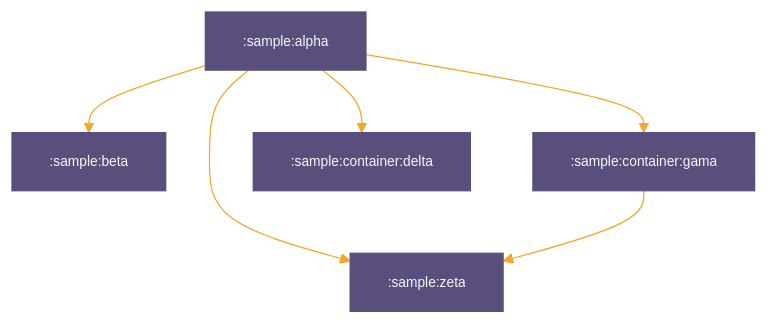
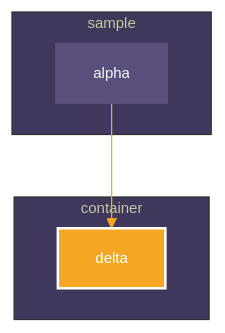
The diagram in sample/README.md (iurysza/module-graph), drawn with Mermaid before and after one commit. The commit also changed 12 other files, not shown here.

````diff
--- a/sample/README.md
+++ b/sample/README.md
@@ -3,15 +3,20 @@
 ```mermaid
 %%{
   init: {
     'theme': 'base',
-	'themeVariables': {"primaryTextColor":"#F6F8FAff","primaryColor":"#5a4f7c","primaryBorderColor":"#5a4f7c","lineColor":"#f5a623","tertiaryColor":"#40375c","fontSize":"11px"}
+	'themeVariables': {"primaryTextColor":"#F6F8FAff","primaryColor":"#5a4f7c","primaryBorderColor":"#5a4f7c","tertiaryColor":"#40375c","lineColor":"#f5a623","fontSize":"12px"}
   }
 }%%
 
 graph TB
-  :sample:alpha --> :sample:zeta
-  :sample:alpha --> :sample:beta
-  :sample:alpha --> :sample:container:gama
-  :sample:alpha --> :sample:container:delta
-  :sample:container:gama --> :sample:zeta
+  subgraph sample
+    alpha
+  end
+  subgraph container
+    delta
+  end
+  alpha --> delta
+
+classDef focus fill:#F5A622,stroke:#fff,stroke-width:2px,color:#fff;
+class delta focus
 ```
````
